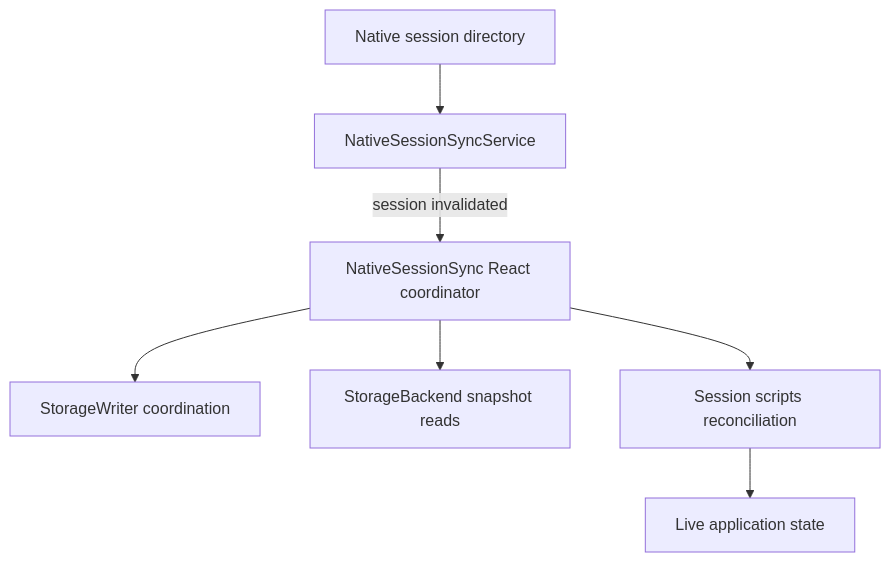
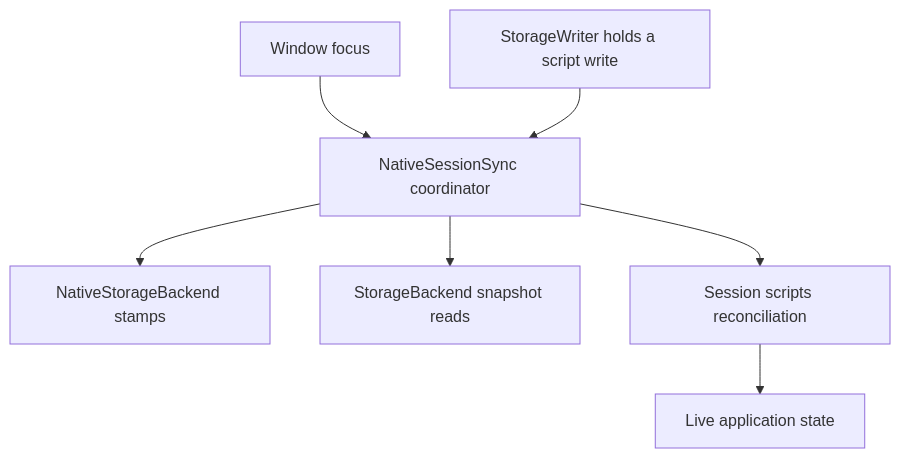
One commit to ankoh/dashql changed the first of 2 diagrams in docs/design/native_file_sync.md. Above: the diagram before and after it, drawn with Mermaid. The commit also changed other lines of this file and 17 other files, not shown here.

First line of the commit message:
Check native session folders on focus and before script writes instead of watching them

````diff
--- a/docs/design/native_file_sync.md
+++ b/docs/design/native_file_sync.md
@@ -65,9 +68,9 @@
 ```mermaid
 flowchart TD
-    FS[Native session directory] --> WS[NativeSessionSyncService]
-    WS -->|session invalidated| RC[NativeSessionSync React coordinator]
-    RC --> SW[StorageWriter coordination]
+    F[Window focus] --> RC[NativeSessionSync coordinator]
+    W[StorageWriter holds a script write] --> RC
+    RC --> NB[NativeStorageBackend stamps]
     RC --> SB[StorageBackend snapshot reads]
     RC --> NS[Session scripts reconciliation]
     NS --> UI[Live application state]
 ```
````
